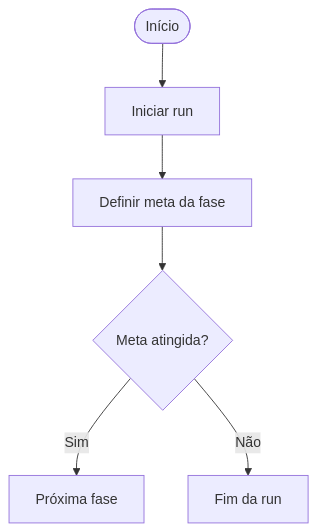
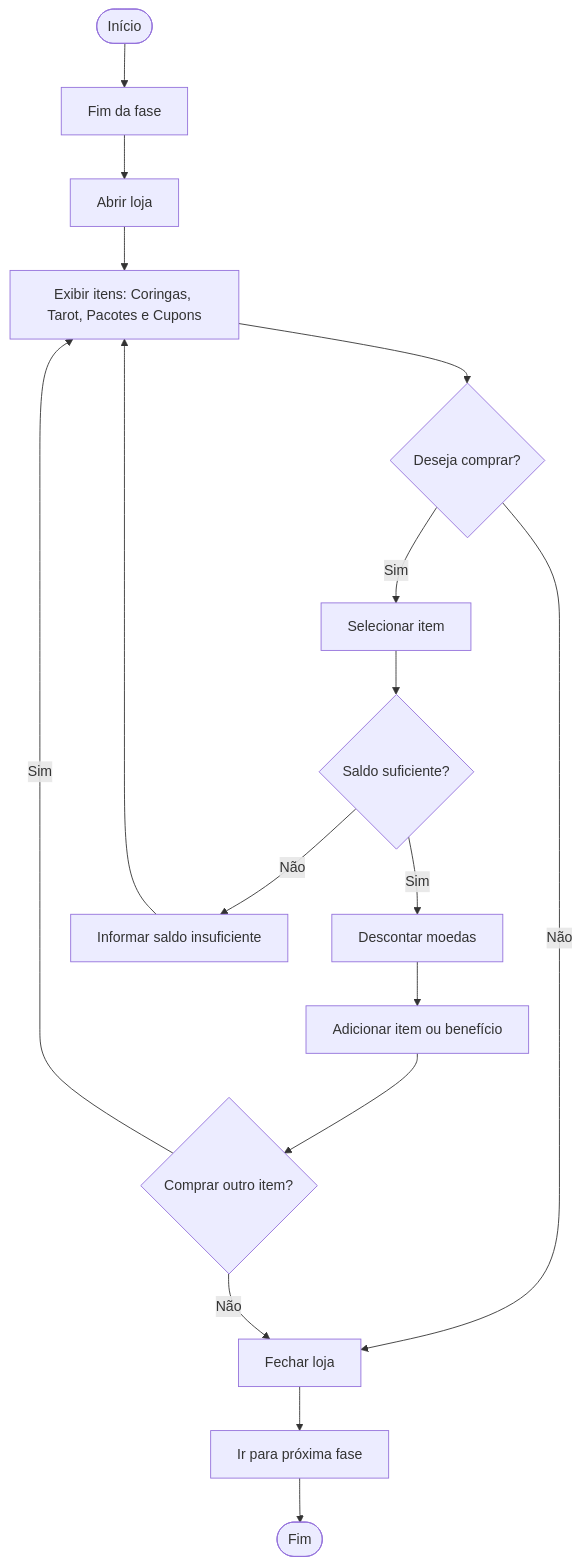
Before and after one commit to egs3-coder/Projeto-Interno: the sixth of 14 diagrams in README.md, drawn with Mermaid. The commit also changed other lines of this file, not shown here.

````diff
--- a/README.md
+++ b/README.md
@@ -118,8 +160,23 @@
 ```mermaid
 flowchart TD
-    A([Início]) --> B[Iniciar run]
-    B --> C[Definir meta da fase]
-    C --> D{Meta atingida?}
-    D -->|Sim| E[Próxima fase]
-    D -->|Não| F[Fim da run]
+    A([Início]) --> B[Fim da fase]
+    B --> C[Abrir loja]
+    C --> D[Exibir itens: Coringas, Tarot, Pacotes e Cupons]
+    D --> E{Deseja comprar?}
+
+    E -->|Não| F[Fechar loja]
+    F --> G[Ir para próxima fase]
+    G --> H([Fim])
+
+    E -->|Sim| I[Selecionar item]
+    I --> J{Saldo suficiente?}
+
+    J -->|Sim| K[Descontar moedas]
+    K --> L[Adicionar item ou benefício]
+    L --> M{Comprar outro item?}
+    M -->|Sim| D
+    M -->|Não| F
+
+    J -->|Não| N[Informar saldo insuficiente]
+    N --> D
 ```
````
